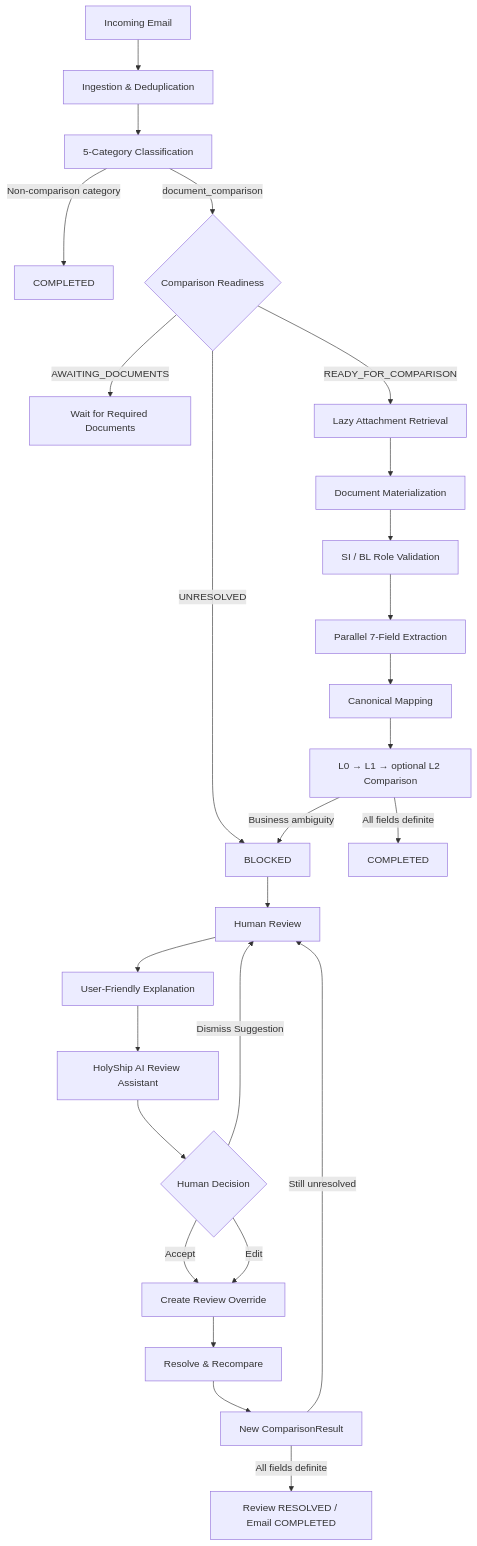
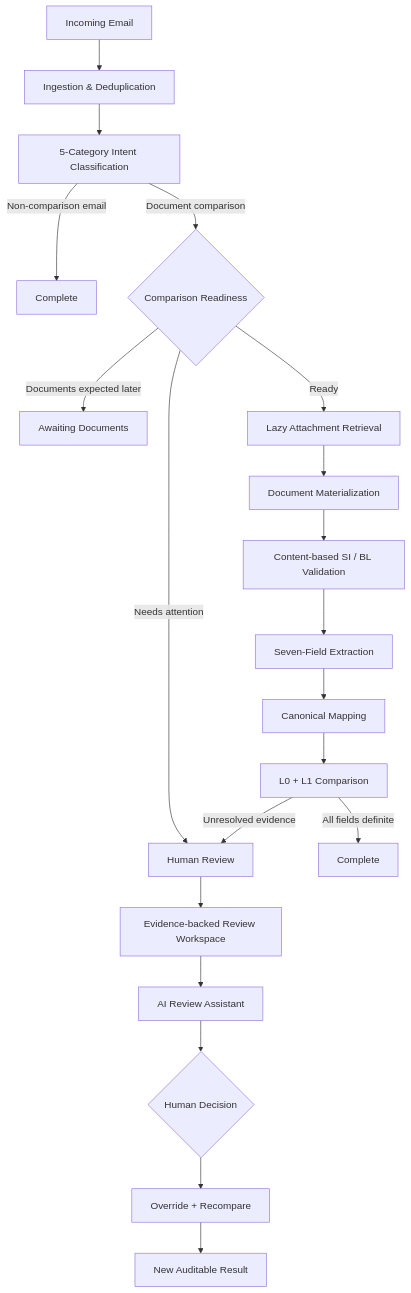
One commit to mavisbong41/HolyShip changed the first of 2 diagrams in README.md. Above: the diagram before and after it, drawn with Mermaid. The commit also changed other lines of this file, not shown here.

````diff
--- a/README.md
+++ b/README.md
@@ -172,36 +116,27 @@
 ```mermaid
 flowchart TD
-    A["Incoming Email"] --> B["Ingestion & Deduplication"]
-    B --> C["5-Category Classification"]
+    A[Incoming Email] --> B[Ingestion & Deduplication]
+    B --> C[5-Category Intent Classification]
 
-    C -->|"Non-comparison category"| D["COMPLETED"]
-    C -->|"document_comparison"| E{"Comparison Readiness"}
+    C -->|Non-comparison email| D[Complete]
+    C -->|Document comparison| E{Comparison Readiness}
 
-    E -->|"AWAITING_DOCUMENTS"| F["Wait for Required Documents"]
-    E -->|"READY_FOR_COMPARISON"| G["Lazy Attachment Retrieval"]
-    E -->|"UNRESOLVED"| H["BLOCKED"]
+    E -->|Documents expected later| F[Awaiting Documents]
+    E -->|Ready| G[Lazy Attachment Retrieval]
+    E -->|Needs attention| H[Human Review]
 
-    G --> I["Document Materialization"]
-    I --> J["SI / BL Role Validation"]
-    J --> K["Parallel 7-Field Extraction"]
-    K --> L["Canonical Mapping"]
-    L --> M["L0 → L1 → optional L2 Comparison"]
+    G --> I[Document Materialization]
+    I --> J[Content-based SI / BL Validation]
+    J --> K[Seven-Field Extraction]
+    K --> L[Canonical Mapping]
+    L --> M[L0 + L1 Comparison]
 
-    M -->|"All fields definite"| N["COMPLETED"]
-    M -->|"Business ambiguity"| H
+    M -->|All fields definite| N[Complete]
+    M -->|Unresolved evidence| H
 
-    H --> O["Human Review"]
-    O --> P["User-Friendly Explanation"]
-    P --> Q["HolyShip AI Review Assistant"]
-    Q --> R{"Human Decision"}
-
-    R -->|"Accept"| S["Create Review Override"]
-    R -->|"Edit"| S
-    R -->|"Dismiss Suggestion"| O
-
-    S --> T["Resolve & Recompare"]
-    T --> U["New ComparisonResult"]
-
-    U -->|"All fields definite"| V["Review RESOLVED / Email COMPLETED"]
-    U -->|"Still unresolved"| O
+    H --> O[Evidence-backed Review Workspace]
+    O --> P[AI Review Assistant]
+    P --> Q{Human Decision}
+    Q --> R[Override + Recompare]
+    R --> S[New Auditable Result]
 ```
````
